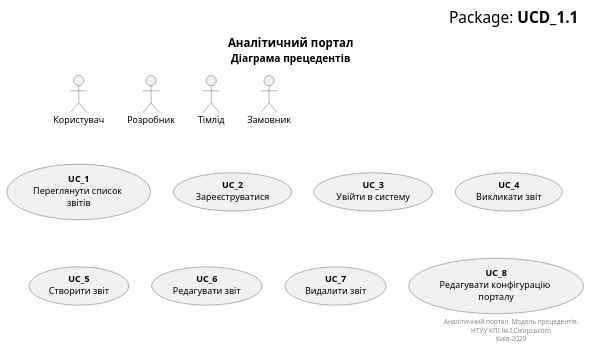
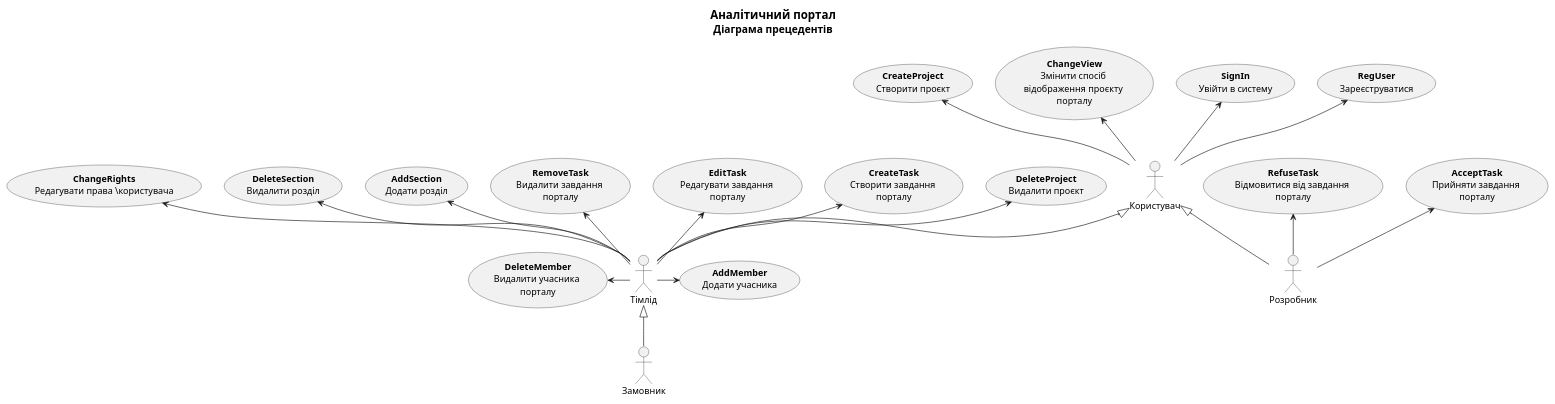
Before and after one commit to boldak/edu-db-cw: the first of 2 diagrams in docs/use cases/README.md, drawn with PlantUML. The commit also changed other lines of this file, not shown here.

Commit message:
додала діаграму прецидентів

```diff
--- a/docs/use cases/README.md
+++ b/docs/use cases/README.md
@@ -10,33 +9,48 @@
 @startuml
-
-    right header
-        <font size=24 color=black>Package: <b>UCD_1.1
-    end header
 
     title
         <font size=18 color=black>Аналітичний портал
         <font size=16 color=black>Діаграма прецедентів
     end title
 
     actor "Користувач" as User
     actor "Розробник" as Developer
     actor "Тімлід" as Teamlead
     actor "Замовник" as Customer
     
-    usecase "<b>UC_1</b>\nПереглянути список \nзвітів" as UC_1
-    usecase "<b>UC_2</b>\nЗареєструватися" as UC_2
-    usecase "<b>UC_3</b>\nУвійти в систему" as UC_3
-    usecase "<b>UC_4</b>\nВикликати звіт" as UC_4
-    usecase "<b>UC_5</b>\nСтворити звіт" as UC_5
-    usecase "<b>UC_6</b>\nРедагувати звіт" as UC_6
-    usecase "<b>UC_7</b>\nВидалити звіт" as UC_7
-    usecase "<b>UC_8</b>\nРедагувати конфігурацію \nпорталу" as UC_8
-
-
-    right footer
-        Аналітичний портал. Модель прецедентів.
-        НТУУ КПІ ім.І.Сікорського
-        Киів-2020
-    end footer
-
+    usecase "<b>RegUser</b>\nЗареєструватися" as RegUser
+    usecase "<b>SignIn</b>\nУвійти в систему" as SignIn
+    usecase "<b>CreateProject</b>\nСтворити проєкт" as CreateProject
+    usecase "<b>DeleteProject</b>\nВидалити проєкт" as DeleteProject
+    usecase "<b>AddSection</b>\nДодати розділ" as AddSection
+    usecase "<b>DeleteSection</b>\nВидалити розділ" as DeleteSection
+    usecase "<b>AcceptTask</b>\nПрийняти завдання \nпорталу" as AcceptTask
+    usecase "<b>RefuseTask</b>\nВідмовитися від завдання \nпорталу" as RefuseTask
+    usecase "<b>ChangeView</b>\nЗмінити спосіб \nвідображення проєкту \nпорталу" as ChangeView
+    usecase "<b>AddMember</b>\nДодати учасника" as AddMember
+    usecase "<b>DeleteMember</b>\nВидалити учасника \nпорталу" as DeleteMember
+    usecase "<b>CreateTask</b>\nСтворити завдання \nпорталу" as CreateTask
+    usecase "<b>EditTask</b>\nРедагувати завдання \nпорталу" as EditTask
+    usecase "<b>RemoveTask</b>\nВидалити завдання \nпорталу" as RemoveTask
+    usecase "<b>ChangeRights</b>\nРедагувати права \користувача" as ChangeRights
+    
+    Developer -u-|> User
+    Teamlead -u-|> User
+    Customer -u-|> Teamlead
+    
+    User -u-> RegUser
+    User -u-> SignIn
+    User -u-> ChangeView
+    User -u-> CreateProject
+    Teamlead -u-> DeleteProject
+    Teamlead -u-> CreateTask
+    Teamlead -u-> EditTask
+    Teamlead -u-> RemoveTask
+    Teamlead -u-> AddSection
+    Teamlead -u-> DeleteSection
+    Developer -u-> AcceptTask
+    Developer -u-> RefuseTask
+    Teamlead -r-> AddMember
+    Teamlead -l-> DeleteMember
+    Teamlead -u-> ChangeRights
 @enduml
```
